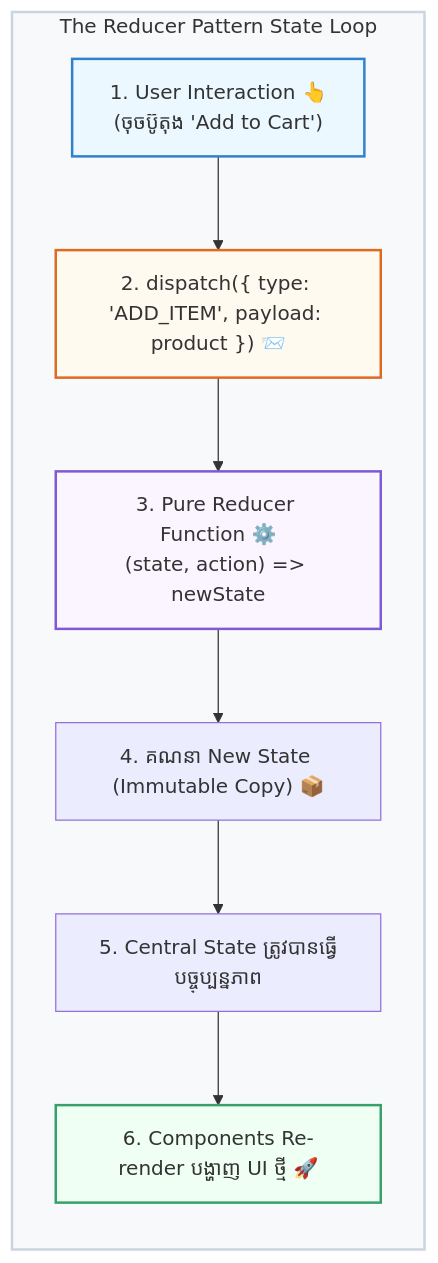
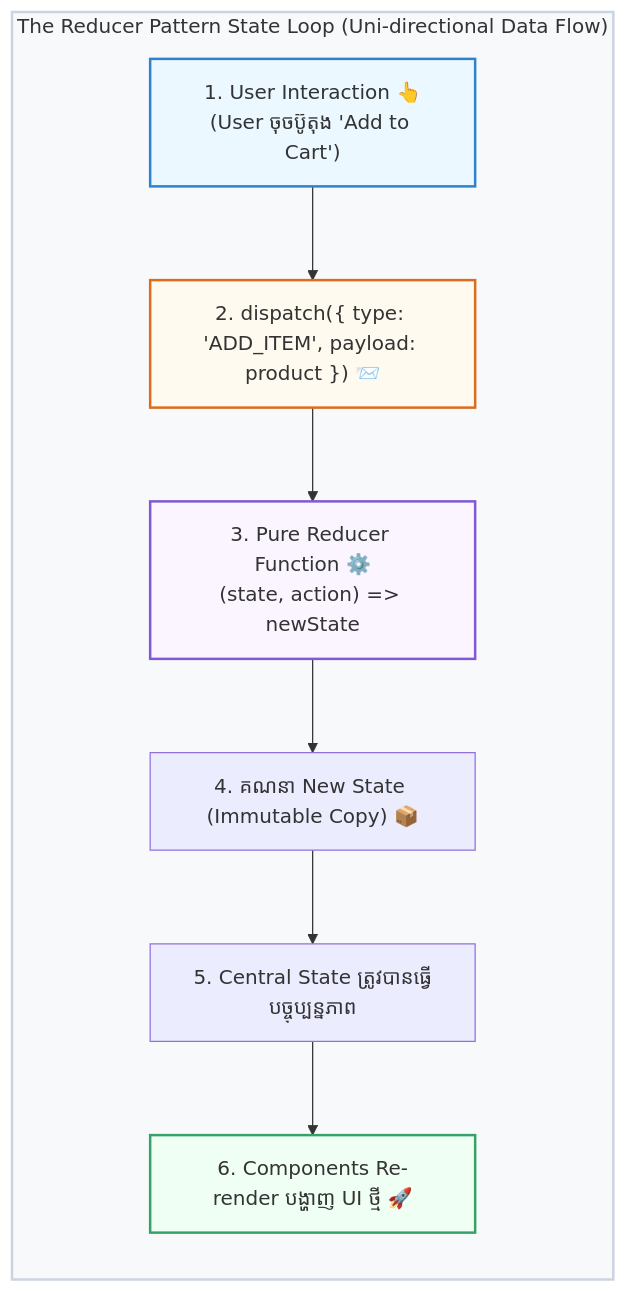
Before and after one commit to Ari-ICU/full-stack-short-coures: the diagram in src/courses/react/module-7-global-state/03-usereducer-complex-state.mdx, drawn with Mermaid. The commit also changed other lines of this file and 31 other files, not shown here.

````diff
--- a/src/courses/react/module-7-global-state/03-usereducer-complex-state.mdx
+++ b/src/courses/react/module-7-global-state/03-usereducer-complex-state.mdx
@@ -53,17 +71,17 @@
 ```mermaid
 flowchart TD
-    subgraph ReducerLoop["The Reducer Pattern State Loop"]
+    subgraph ReducerLoop["The Reducer Pattern State Loop (Uni-directional Data Flow)"]
         direction TB
-        UI["1. User Interaction 👆<br/>(ចុចប៊ូតុង 'Add to Cart')"] --> Dispatch["2. dispatch({ type: 'ADD_ITEM', payload: product }) 📨"]
+        UI["1. User Interaction 👆<br/>(User ចុចប៊ូតុង 'Add to Cart')"] --> Dispatch["2. dispatch({ type: 'ADD_ITEM', payload: product }) 📨"]
         Dispatch --> Reducer["3. Pure Reducer Function ⚙️<br/>(state, action) => newState"]
         Reducer --> NewState["4. គណនា New State (Immutable Copy) 📦"]
         NewState --> Store["5. Central State ត្រូវបានធ្វើបច្ចុប្បន្នភាព"]
         Store --> ReRender["6. Components Re-render បង្ហាញ UI ថ្មី 🚀"]
     end
 
     style ReducerLoop fill:#f8f9fa,stroke:#cbd5e1,stroke-width:2px
     style UI fill:#ebf8ff,stroke:#3182ce,stroke-width:2px
     style Dispatch fill:#fffaf0,stroke:#dd6b20,stroke-width:2px
     style Reducer fill:#faf5ff,stroke:#805ad5,stroke-width:2px
     style ReRender fill:#f0fff4,stroke:#38a169,stroke-width:2px
 ```
````
